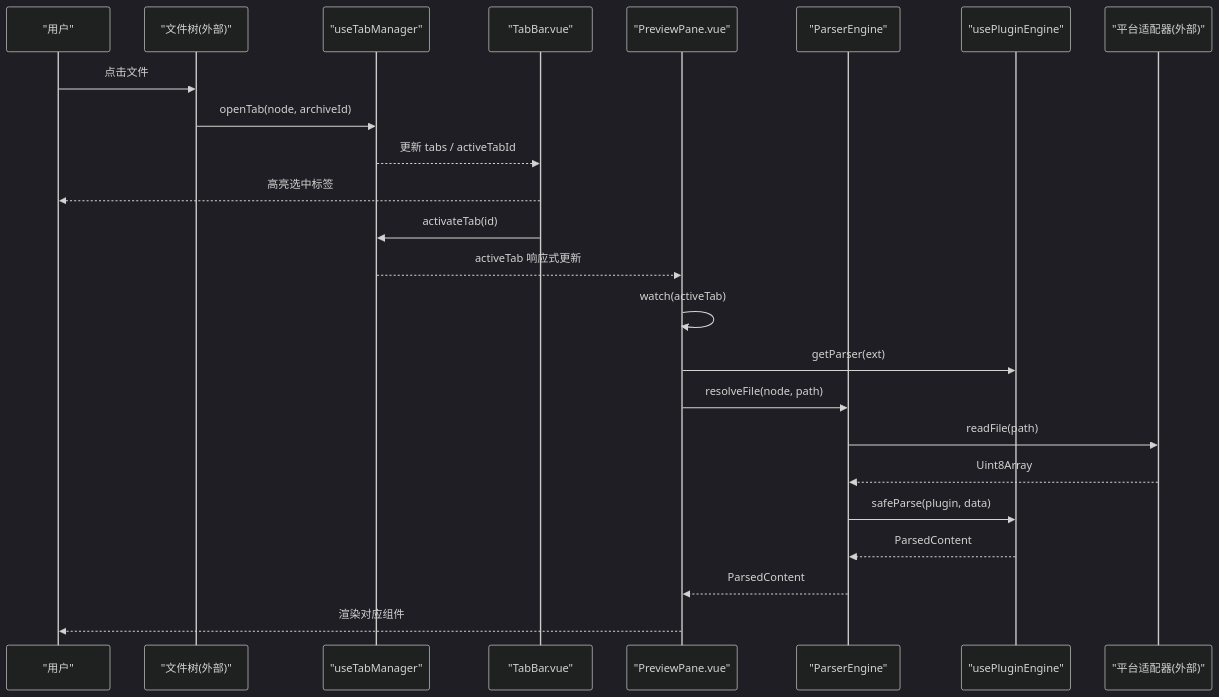
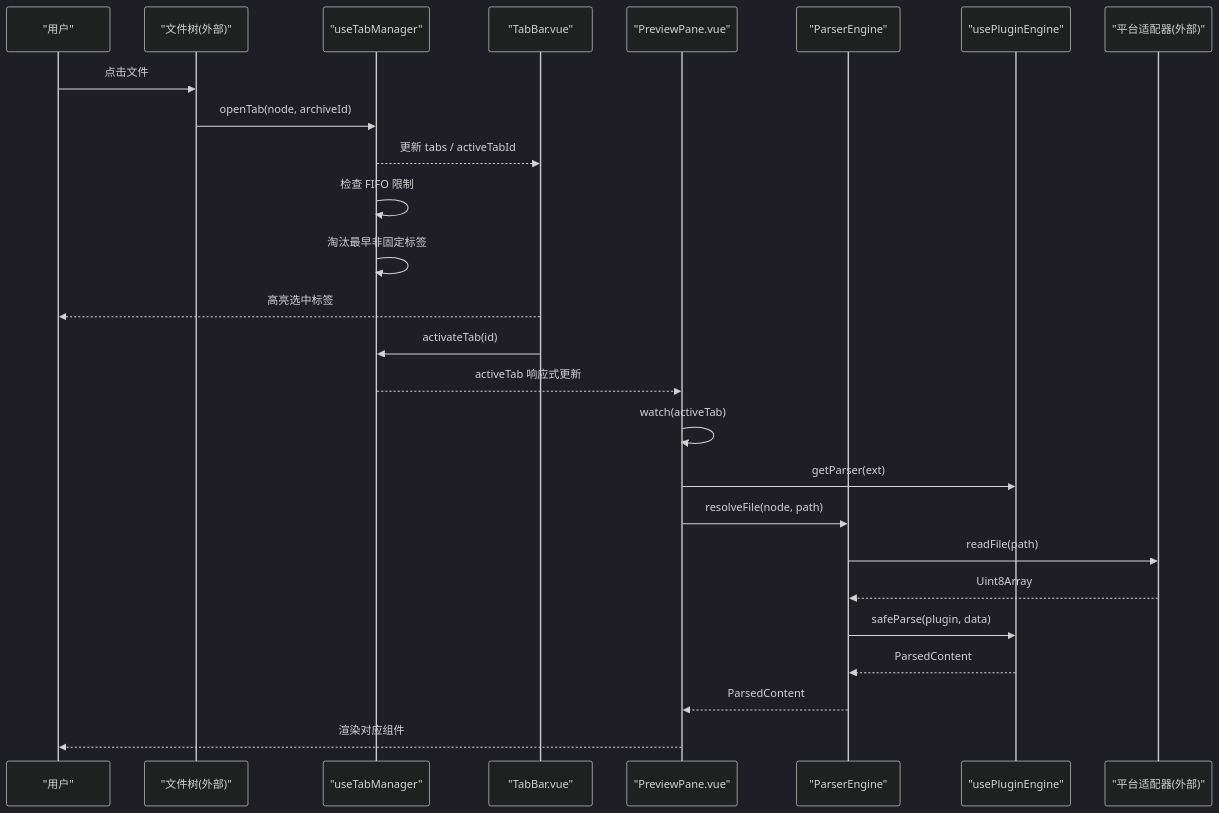
The second of 6 diagrams in .qoder/repowiki/zh/content/架构设计/数据流模式/组合式函数数据逻辑/标签页管理组合函数.md (taoweidong/Hello-Tauri), drawn with Mermaid (dark theme) before and after one commit. The commit also changed other lines of this file and 67 other files, not shown here.

````diff
--- a/.qoder/repowiki/zh/content/架构设计/数据流模式/组合式函数数据逻辑/标签页管理组合函数.md
+++ b/.qoder/repowiki/zh/content/架构设计/数据流模式/组合式函数数据逻辑/标签页管理组合函数.md
@@ -115,26 +129,28 @@
 ```mermaid
 sequenceDiagram
 participant User as "用户"
 participant Tree as "文件树(外部)"
 participant TabMgr as "useTabManager"
 participant TabBar as "TabBar.vue"
 participant Preview as "PreviewPane.vue"
 participant Engine as "ParserEngine"
 participant Registry as "usePluginEngine"
 participant Adapter as "平台适配器(外部)"
 User->>Tree : 点击文件
 Tree->>TabMgr : openTab(node, archiveId)
 TabMgr-->>TabBar : 更新 tabs / activeTabId
+TabMgr->>TabMgr : 检查 FIFO 限制
+TabMgr->>TabMgr : 淘汰最早非固定标签
 TabBar-->>User : 高亮选中标签
 TabBar->>TabMgr : activateTab(id)
 TabMgr-->>Preview : activeTab 响应式更新
 Preview->>Preview : watch(activeTab)
 Preview->>Registry : getParser(ext)
 Preview->>Engine : resolveFile(node, path)
 Engine->>Adapter : readFile(path)
 Adapter-->>Engine : Uint8Array
 Engine->>Registry : safeParse(plugin, data)
 Registry-->>Engine : ParsedContent
 Engine-->>Preview : ParsedContent
 Preview-->>User : 渲染对应组件
 ```
````
